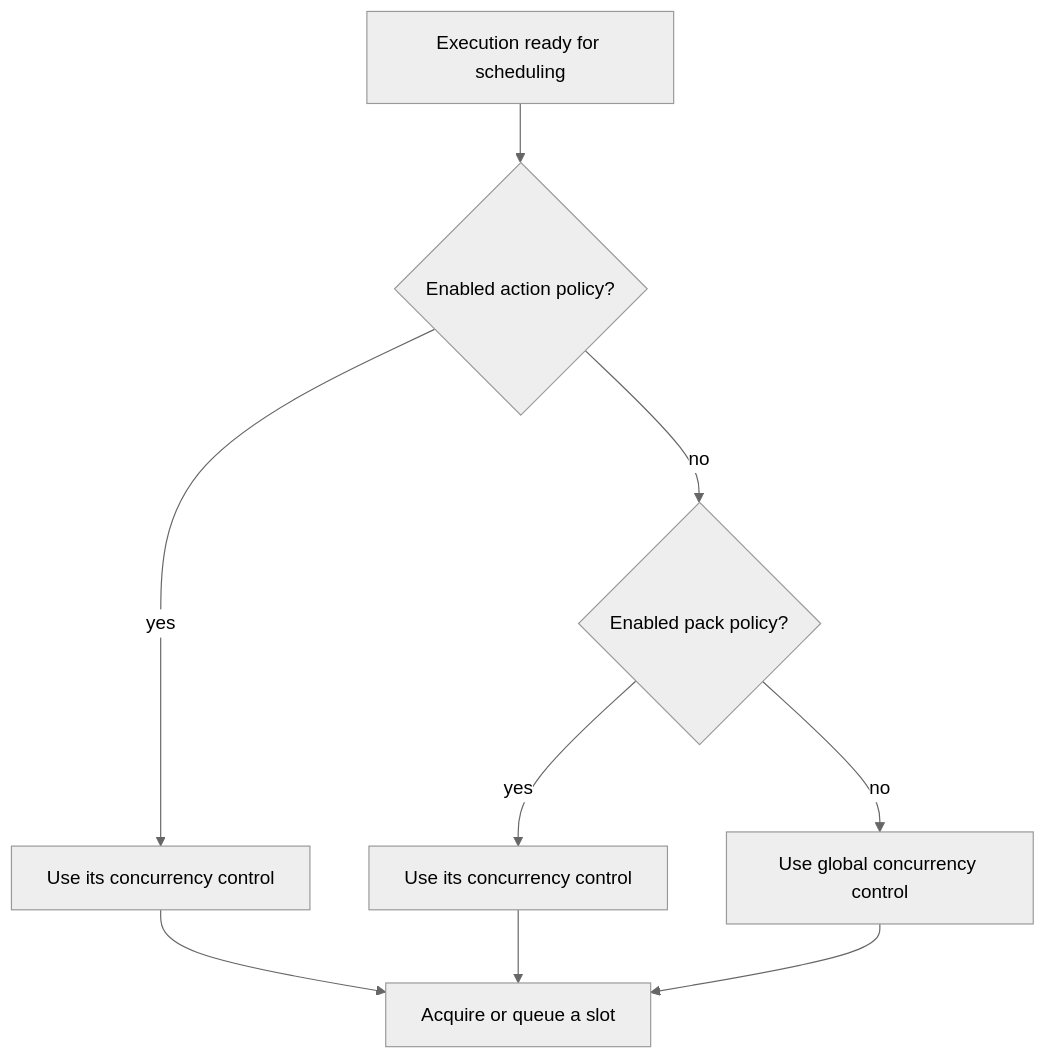
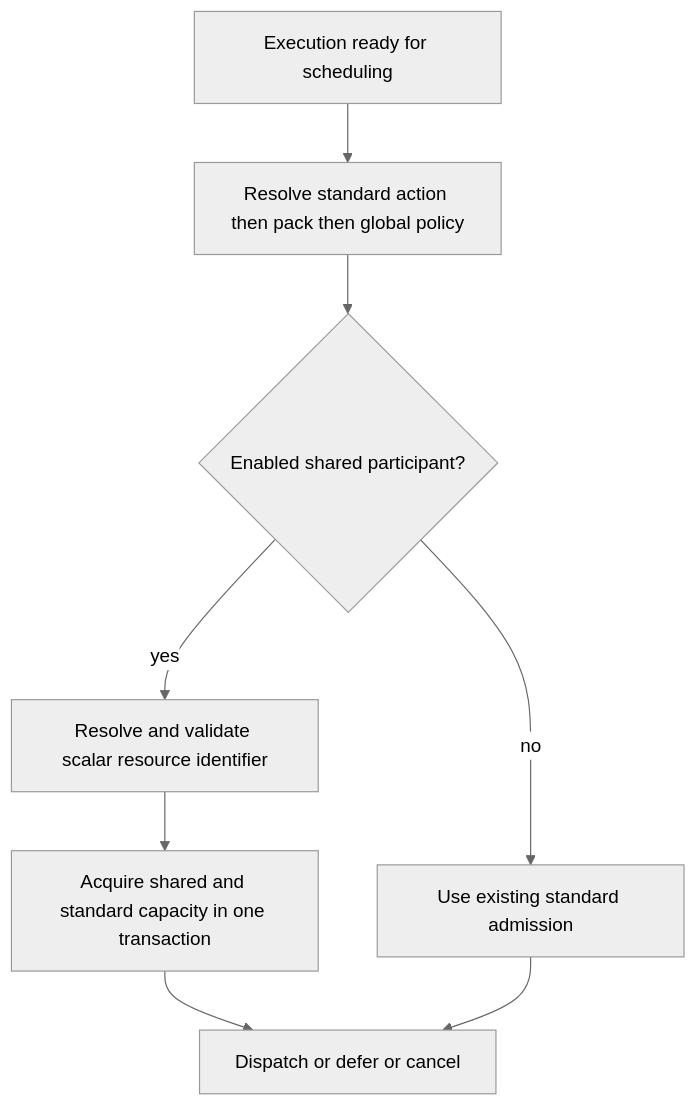
Before and after one commit to attune-system/attune-docs-site: the diagram in src/content/docs/internal-implementation/data-structures/policies.md, drawn with Mermaid (neutral theme). The commit also changed other lines of this file and 24 other files, not shown here.

````diff
--- a/src/content/docs/internal-implementation/data-structures/policies.md
+++ b/src/content/docs/internal-implementation/data-structures/policies.md
@@ -28,11 +31,10 @@
 ```mermaid
 flowchart TD
-    Request[Execution ready for scheduling] --> A{Enabled action policy?}
-    A -->|yes| P[Use its concurrency control]
-    A -->|no| B{Enabled pack policy?}
-    B -->|yes| P2[Use its concurrency control]
-    B -->|no| G[Use global concurrency control]
-    P --> Slot[Acquire or queue a slot]
-    P2 --> Slot
-    G --> Slot
+    Request[Execution ready for scheduling] --> Standard[Resolve standard action then pack then global policy]
+    Standard --> Shared{Enabled shared participant?}
+    Shared -->|yes| Resource[Resolve and validate scalar resource identifier]
+    Resource --> Atomic[Acquire shared and standard capacity in one transaction]
+    Shared -->|no| Slot[Use existing standard admission]
+    Atomic --> Decision[Dispatch or defer or cancel]
+    Slot --> Decision
 ```
````
